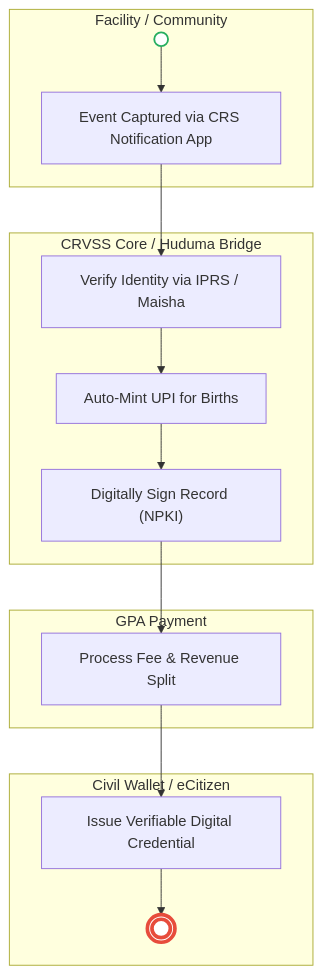
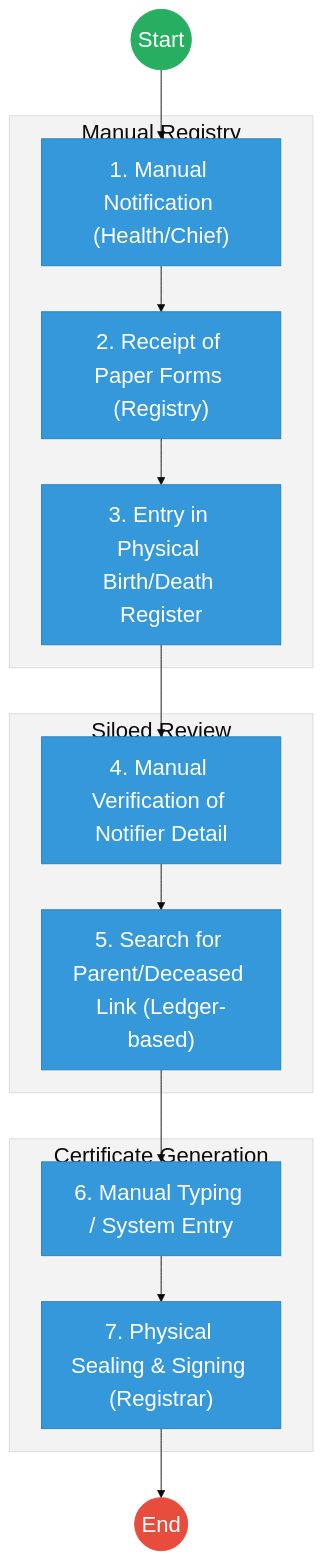
Before and after one commit to BITZ-IT-Consulting-LTD/ictapoc: the fifth of 6 diagrams in mdas/docs_final/priority_mdas/_CIVIL_REGISTRATION_SERVICES_CRS___Service_Delivery.md, drawn with Mermaid. The commit also changed other lines of this file and 19 other files, not shown here.

````diff
--- a/mdas/docs_final/priority_mdas/_CIVIL_REGISTRATION_SERVICES_CRS___Service_Delivery.md
+++ b/mdas/docs_final/priority_mdas/_CIVIL_REGISTRATION_SERVICES_CRS___Service_Delivery.md
@@ -240,24 +239,30 @@
 ```mermaid
+%%{init: { 'theme': 'base', 'themeVariables': { 'fontSize': '24px', 'fontFamily': 'Inter, system-ui, sans-serif', 'primaryColor': '#ffffff', 'edgeLabelBackground':'#ffffff', 'tertiaryColor': '#f3f3f3', 'mainBkg': '#ffffff', 'nodeBorder': '#333333' } } }%%
 flowchart TD
-    subgraph Source["Facility / Community"]
-        Start_T((" ")) --> L1["Event Captured via CRS Notification App"]
+    Start((Start)) --> Notify["1. Manual Notification (Health/Chief)"]
+    
+    subgraph Intake["Manual Registry"]
+        Notify --> Receipt["2. Receipt of Paper Forms (Registry)"]
+        Receipt --> Ledger["3. Entry in Physical Birth/Death Register"]
     end
 
-    subgraph Backend["CRVSS Core / Huduma Bridge"]
-        L1 --> L2["Verify Identity via IPRS / Maisha"]
-        L2 --> L3["Auto-Mint UPI for Births"]
-        L3 --> L4["Digitally Sign Record (NPKI)"]
+    subgraph Verification["Siloed Review"]
+        Ledger --> Verify["4. Manual Verification of Notifier Detail"]
+        Verify --> Search["5. Search for Parent/Deceased Link (Ledger-based)"]
     end
 
-    subgraph Finance_GPA["GPA Payment"]
-        L4 --> M1["Process Fee & Revenue Split"]
+    subgraph Production["Certificate Generation"]
+        Search --> Type["6. Manual Typing / System Entry"]
+        Type --> Seal["7. Physical Sealing & Signing (Registrar)"]
     end
 
-    subgraph Delivery["Civil Wallet / eCitizen"]
-        M1 --> N1["Issue Verifiable Digital Credential"]
-        N1 --> End_T(((" ")))
-    end
+    Seal --> End((End))
 
-    style Start_T fill:#fff,stroke:#27ae60,stroke-width:2px
-    style End_T fill:#fff,stroke:#e74c3c,stroke-width:4px
+    classDef start fill:#27ae60,stroke:#27ae60,color:#fff,font-size:24px;;
+    classDef endNode fill:#e74c3c,stroke:#e74c3c,color:#fff,font-size:24px;;
+    classDef userTask fill:#3498db,stroke:#2980b9,color:#fff,font-size:24px;;
+    
+    class Start start;
+    class End endNode;
+    class Notify,Receipt,Ledger,Verify,Search,Type,Seal userTask;
 ```
````
